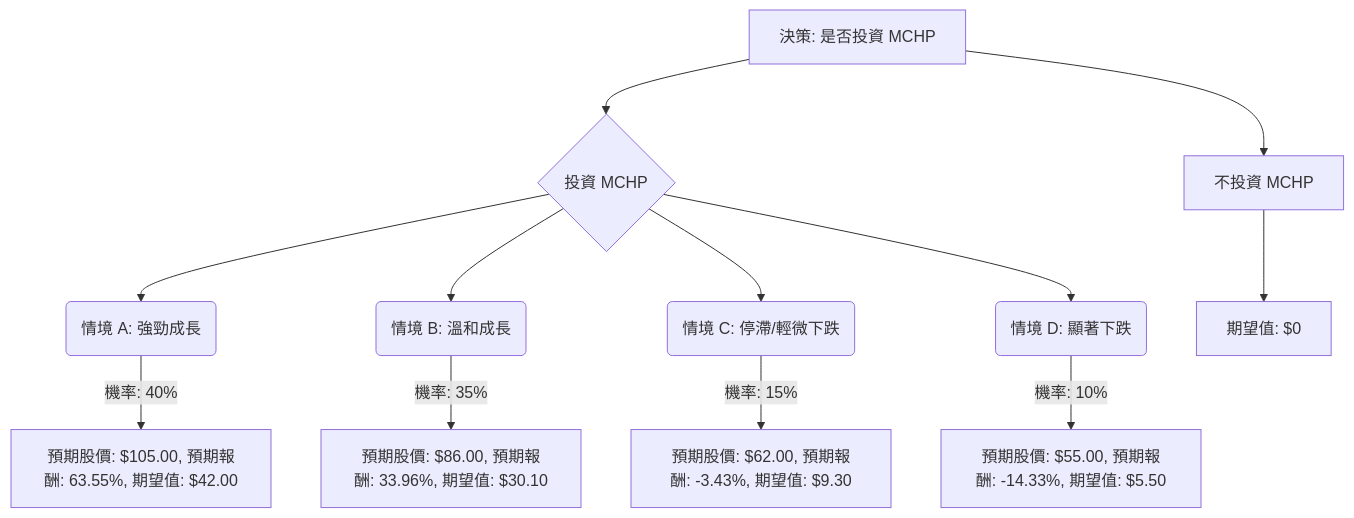
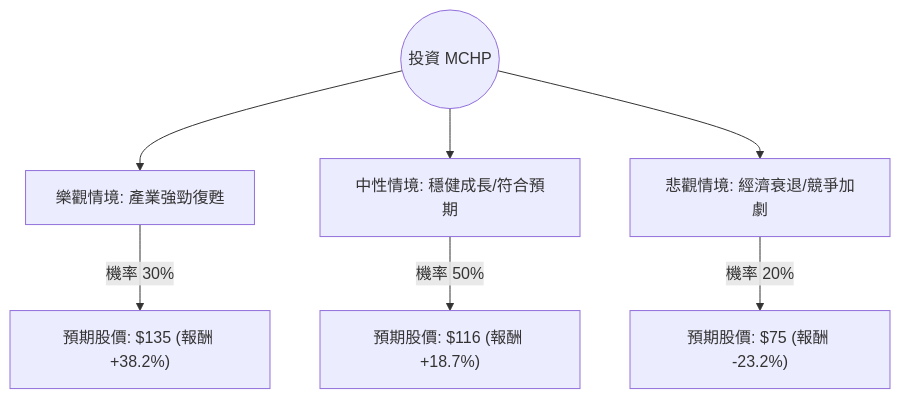
The diagram in plugin-react/ai-analysis/ev-analysis/MCHP.md (zmcx16/zmcx16.github.io), drawn with Mermaid before and after one commit. The commit also changed other lines of this file and 82 other files, not shown here.

````diff
--- a/plugin-react/ai-analysis/ev-analysis/MCHP.md
+++ b/plugin-react/ai-analysis/ev-analysis/MCHP.md
@@ -11,17 +19,10 @@
 ```mermaid
 graph TD
-    A[決策: 是否投資 MCHP] --> B{投資 MCHP}
-    A --> E[不投資 MCHP]
+    Start((投資 MCHP)) --> Bull[樂觀情境: 產業強勁復甦]
+    Start --> Base[中性情境: 穩健成長/符合預期]
+    Start --> Bear[悲觀情境: 經濟衰退/競爭加劇]
 
-    B --> C1(情境 A: 強勁成長)
-    B --> C2(情境 B: 溫和成長)
-    B --> C3(情境 C: 停滯/輕微下跌)
-    B --> C4(情境 D: 顯著下跌)
-
-    C1 -- 機率: 40% --> D1[預期股價: $105.00, 預期報酬: 63.55%, 期望值: $42.00]
-    C2 -- 機率: 35% --> D2[預期股價: $86.00, 預期報酬: 33.96%, 期望值: $30.10]
-    C3 -- 機率: 15% --> D3[預期股價: $62.00, 預期報酬: -3.43%, 期望值: $9.30]
-    C4 -- 機率: 10% --> D4[預期股價: $55.00, 預期報酬: -14.33%, 期望值: $5.50]
-
-    E --> F[期望值: $0]
+    Bull -- "機率 30%" --> BullVal["預期股價: $135 (報酬 +38.2%)"]
+    Base -- "機率 50%" --> BaseVal["預期股價: $116 (報酬 +18.7%)"]
+    Bear -- "機率 20%" --> BearVal["預期股價: $75 (報酬 -23.2%)"]
 ```
````
